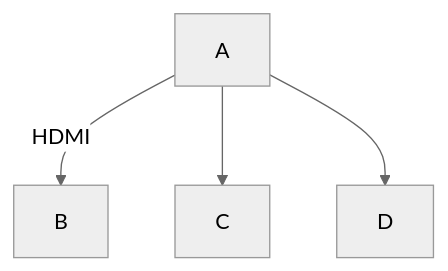
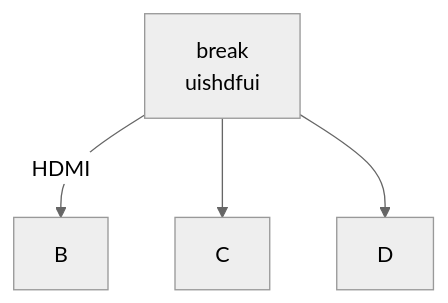
One commit to AhSohs/nypegl314_bootcamp changed the diagram in README.md. Above: the diagram before and after it, drawn with Mermaid (neutral theme).

````diff
--- a/README.md
+++ b/README.md
@@ -5,6 +5,6 @@
 ```mermaid
 graph TD
-A  --HDMI--> B
+A[break</br>uishdfui]--HDMI--> B
 A --> C
 A --> D
 ```
````
